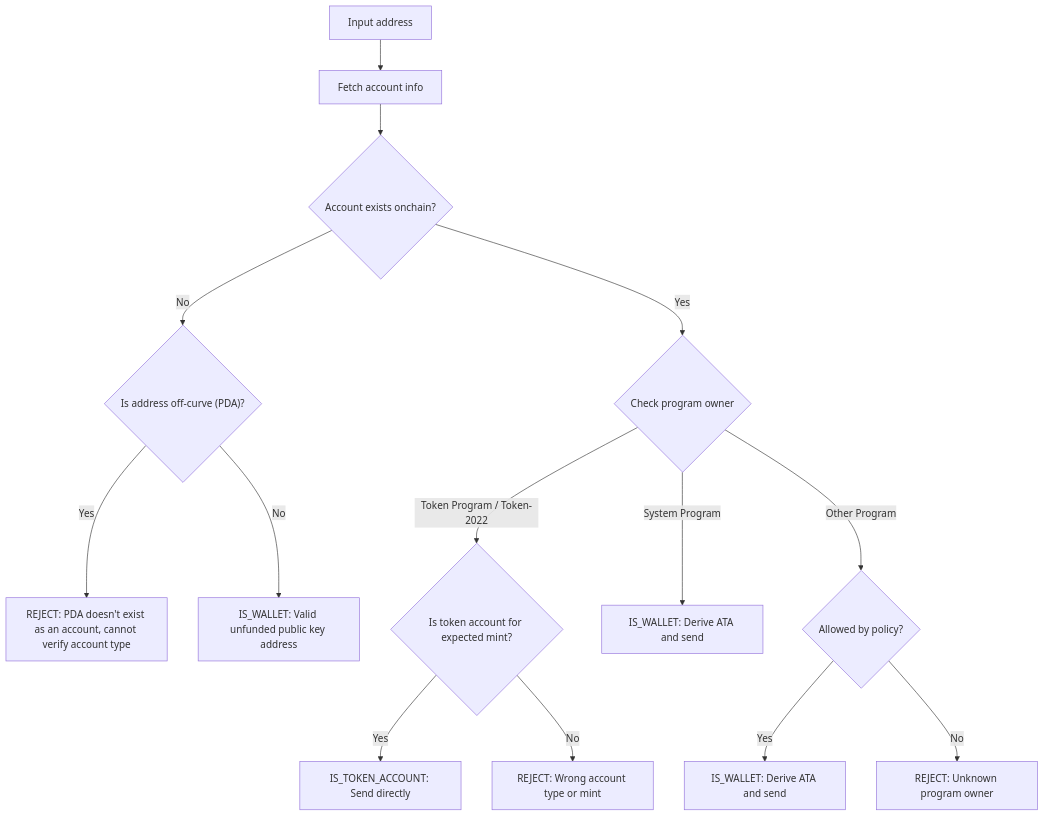
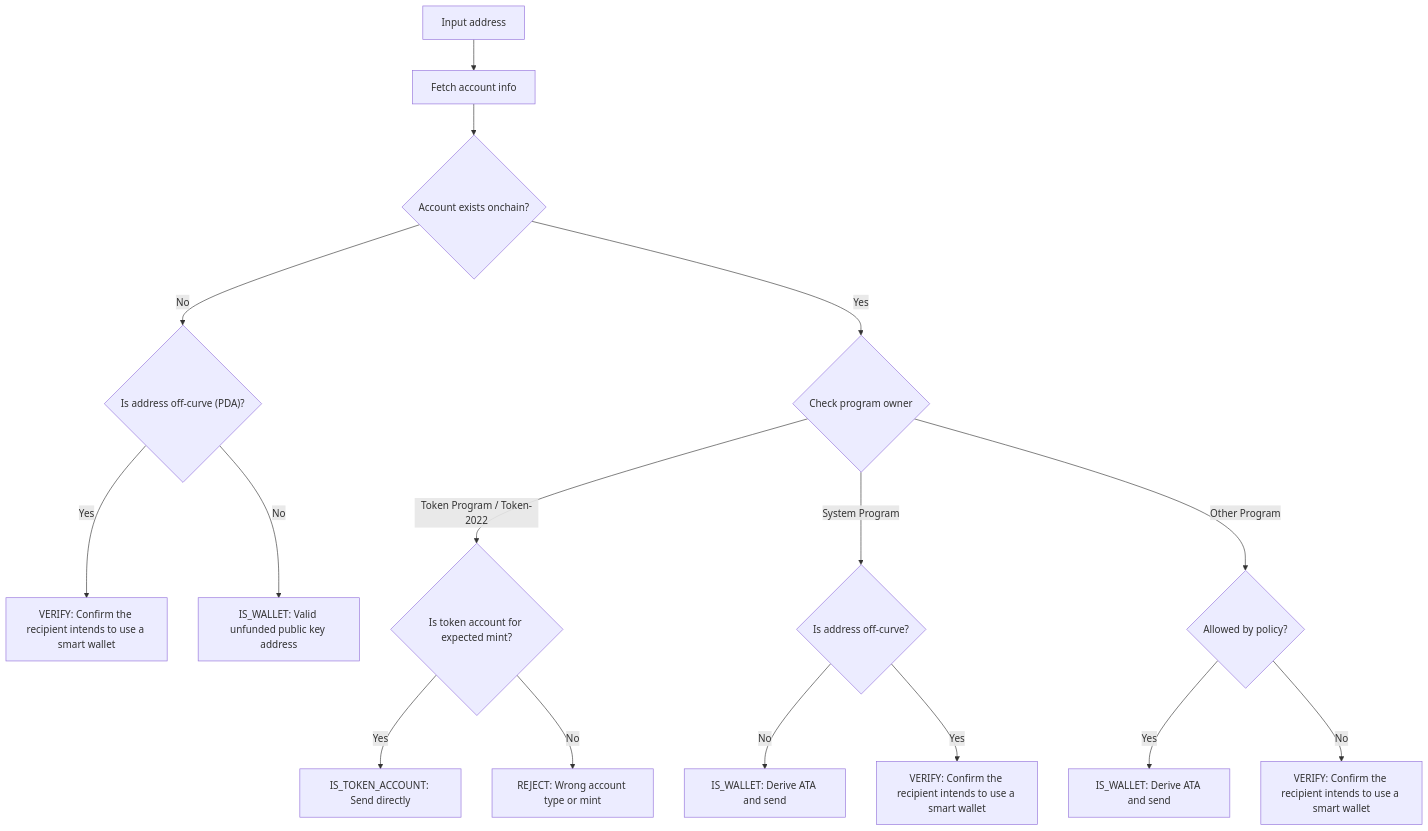
One commit to solana-foundation/solana-com changed the diagram in apps/docs/content/docs/en/payments/send-payments/verify-address.mdx. Above: the diagram before and after it, drawn with Mermaid. The commit also changed other lines of this file, not shown here.

First line of the commit message:
docs(payments): clarify address verification (#2024)

````diff
--- a/apps/docs/content/docs/en/payments/send-payments/verify-address.mdx
+++ b/apps/docs/content/docs/en/payments/send-payments/verify-address.mdx
@@ -130,26 +139,28 @@
 ```mermaid title="Address Verification Flow"
 flowchart TD
     A["Input address"]
     B["Fetch account info"]
 
     A --> B
     B --> C{"Account exists onchain?"}
 
     %% --- Non-existent account path ---
     C -- "No" --> D{"Is address off-curve (PDA)?"}
-    D -- "Yes" --> R1["REJECT: PDA doesn't exist as an account, cannot verify account type"]
+    D -- "Yes" --> V1["VERIFY: Confirm the recipient intends to use a smart wallet"]
     D -- "No" --> W1["IS_WALLET: Valid unfunded public key address"]
 
     %% --- Existing account path ---
     C -- "Yes" --> F{"Check program owner"}
 
     F -- "Token Program / Token-2022" --> G{"Is token account for expected mint?"}
     G -- "Yes" --> T1["IS_TOKEN_ACCOUNT: Send directly"]
-    G -- "No" --> R2["REJECT: Wrong account type or mint"]
+    G -- "No" --> R1["REJECT: Wrong account type or mint"]
 
-    F -- "System Program" --> W2["IS_WALLET: Derive ATA and send"]
+    F -- "System Program" --> H{"Is address off-curve?"}
+    H -- "No" --> W2["IS_WALLET: Derive ATA and send"]
+    H -- "Yes" --> V3["VERIFY: Confirm the recipient intends to use a smart wallet"]
 
     F -- "Other Program" --> K{"Allowed by policy?"}
     K -- "Yes" --> W3["IS_WALLET: Derive ATA and send"]
-    K -- "No" --> R3["REJECT: Unknown program owner"]
+    K -- "No" --> V2["VERIFY: Confirm the recipient intends to use a smart wallet"]
 ```
````
